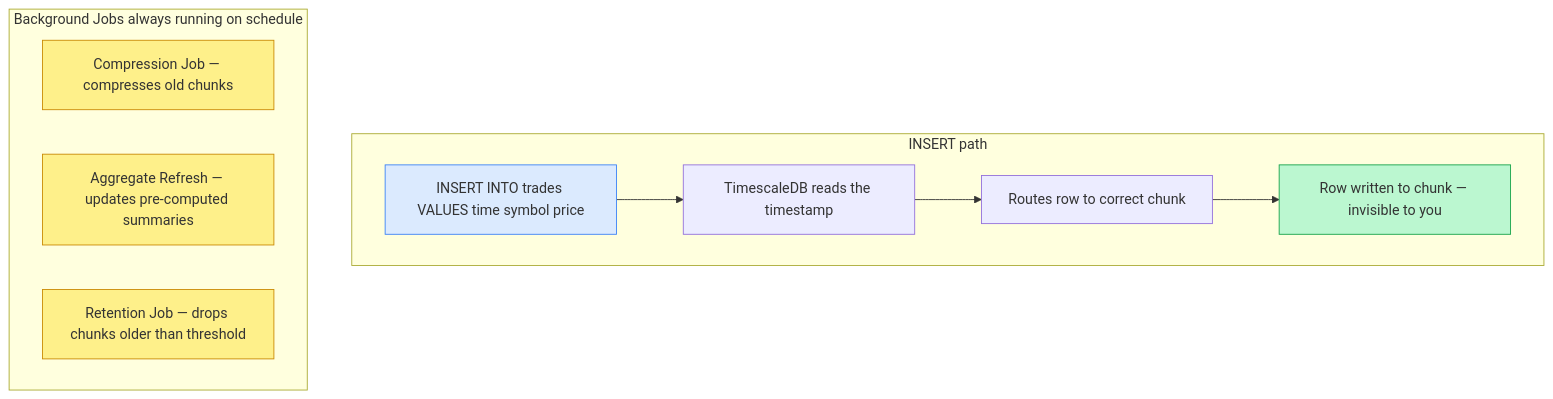
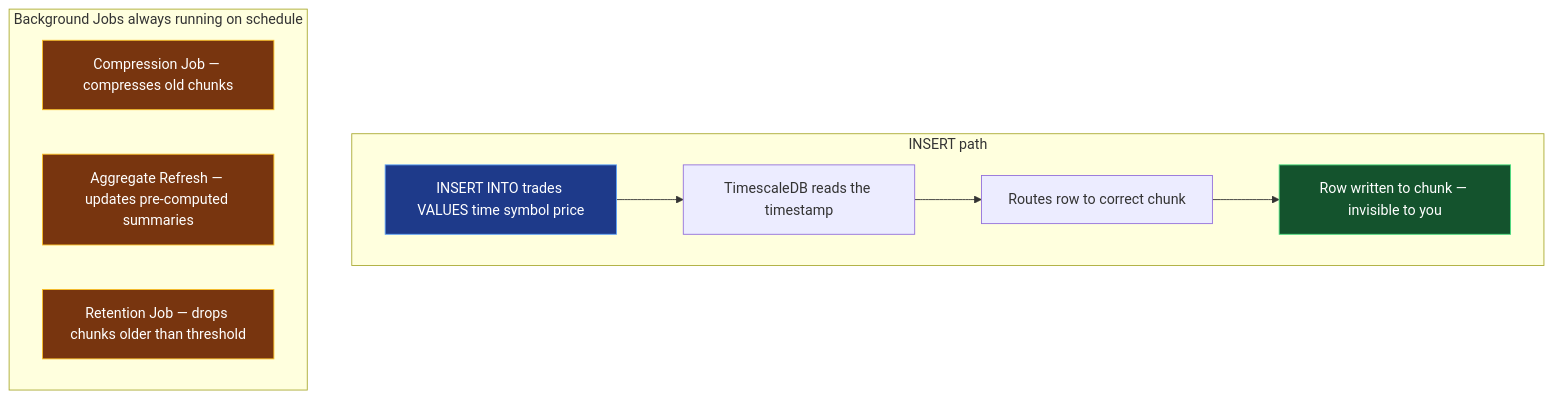
One commit to mjameer/RareLearning changed the third of 8 diagrams in DB/TimeScaleDb.md. Above: the diagram before and after it, drawn with Mermaid. The commit also changed other lines of this file, not shown here.

````diff
--- a/DB/TimeScaleDb.md
+++ b/DB/TimeScaleDb.md
@@ -231,22 +231,22 @@
 ```mermaid
 graph TD
     subgraph INSERT path
         A["INSERT INTO trades VALUES time symbol price"]
         B["TimescaleDB reads the timestamp"]
         C["Routes row to correct chunk"]
         D["Row written to chunk — invisible to you"]
         A --> B --> C --> D
     end
 
     subgraph Background Jobs always running on schedule
         E["Compression Job — compresses old chunks"]
         F["Aggregate Refresh — updates pre-computed summaries"]
         G["Retention Job — drops chunks older than threshold"]
     end
 
-    style A fill:#dbeafe,stroke:#3b82f6
-    style D fill:#bbf7d0,stroke:#16a34a
-    style E fill:#fef08a,stroke:#ca8a04
-    style F fill:#fef08a,stroke:#ca8a04
-    style G fill:#fef08a,stroke:#ca8a04
+    style A fill:#1e3a8a,stroke:#60a5fa,color:#ffffff
+    style D fill:#14532d,stroke:#4ade80,color:#ffffff
+    style E fill:#78350f,stroke:#fbbf24,color:#ffffff
+    style F fill:#78350f,stroke:#fbbf24,color:#ffffff
+    style G fill:#78350f,stroke:#fbbf24,color:#ffffff
 ```
````
